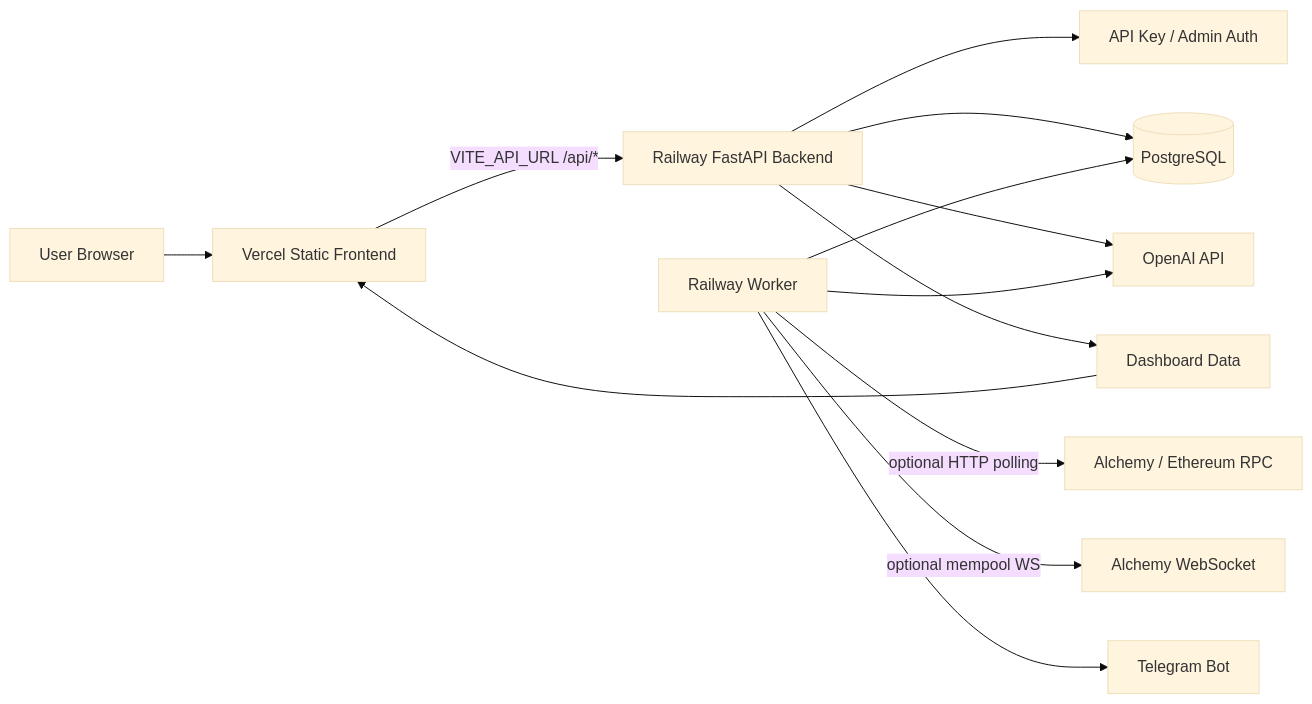
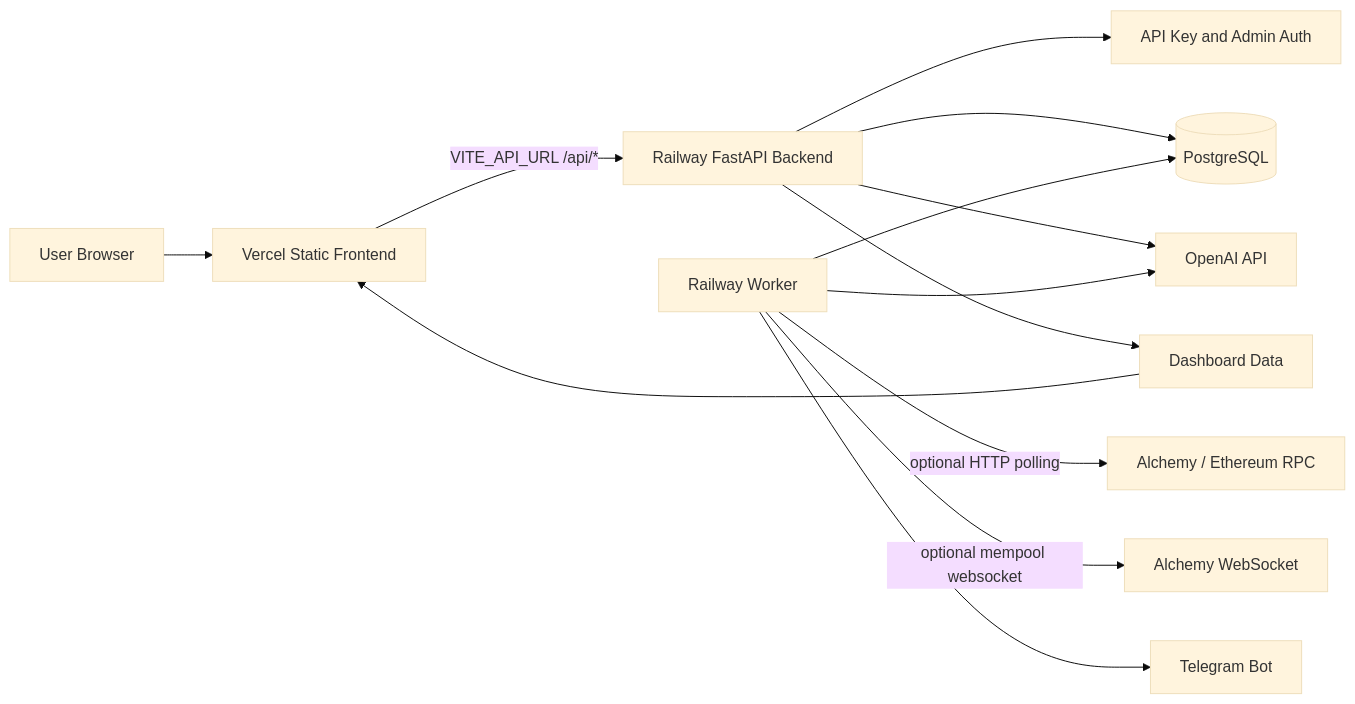
One commit to hasansazly/Talosly-startup changed the first of 3 diagrams in README.md. Above: the diagram before and after it, drawn with Mermaid (base theme). The commit also changed other lines of this file, not shown here.

````diff
--- a/README.md
+++ b/README.md
@@ -129,17 +49,17 @@
 ```mermaid
 flowchart LR
   User[User Browser] --> Vercel[Vercel Static Frontend]
-  Vercel -->|VITE_API_URL /api/*| Backend[Railway FastAPI Backend]
-  Backend --> Auth[API Key / Admin Auth]
-  Backend --> DB[(PostgreSQL)]
-  Backend --> OpenAI[OpenAI API]
+  Vercel -->|VITE_API_URL /api/*| API[Railway FastAPI Backend]
+  API --> Auth[API Key and Admin Auth]
+  API --> DB[(PostgreSQL)]
+  API --> OpenAI[OpenAI API]
 
   Worker[Railway Worker] --> DB
-  Worker -->|optional HTTP polling| Alchemy[Alchemy / Ethereum RPC]
-  Worker -->|optional mempool WS| AlchemyWS[Alchemy WebSocket]
+  Worker -->|optional HTTP polling| RPC[Alchemy / Ethereum RPC]
+  Worker -->|optional mempool websocket| WS[Alchemy WebSocket]
   Worker --> OpenAI
   Worker --> Telegram[Telegram Bot]
 
-  Backend --> FrontendData[Dashboard Data]
-  FrontendData --> Vercel
+  API --> Dashboard[Dashboard Data]
+  Dashboard --> Vercel
 ```
````
